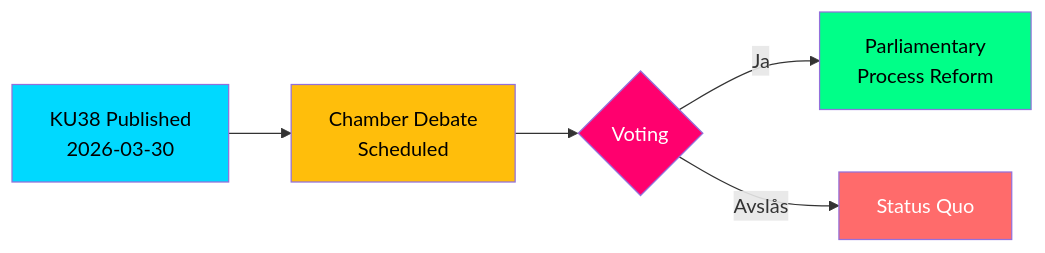
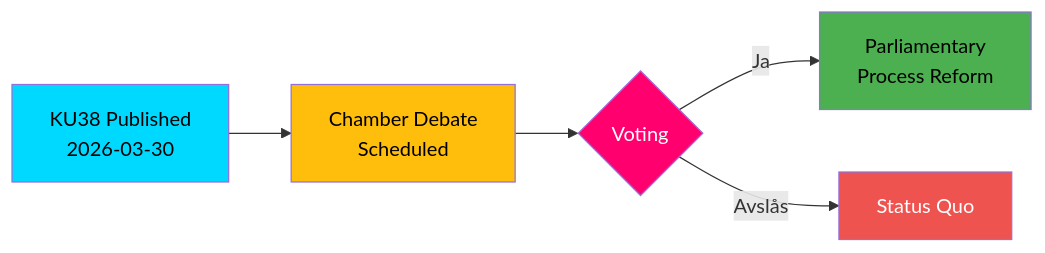
Before and after one commit to Hack23/riksdagsmonitor: the third of 3 diagrams in analysis/daily/2026-03-30/committeeReports/documents/hd01ku38-analysis.md, drawn with Mermaid. The commit also changed 785 other files, not shown here.

First line of the commit message:
Normalize mermaid colors across 786 analysis artifacts to ISMS Style Guide palette

````diff
--- a/analysis/daily/2026-03-30/committeeReports/documents/hd01ku38-analysis.md
+++ b/analysis/daily/2026-03-30/committeeReports/documents/hd01ku38-analysis.md
@@ -118,13 +118,13 @@
 ```mermaid
 flowchart LR
     A[KU38 Published<br/>2026-03-30] --> B[Chamber Debate<br/>Scheduled]
     B --> C{Voting}
     C -->|Ja| D[Parliamentary<br/>Process Reform]
     C -->|Avslås| E[Status Quo]
     
-    style A fill:#00d9ff,color:#000
-    style B fill:#ffbe0b,color:#000
-    style C fill:#ff006e,color:#fff
-    style D fill:#00ff88,color:#000
-    style E fill:#ff6b6b,color:#fff
+    style A fill:#00d9ff,color:#000000
+    style B fill:#ffbe0b,color:#000000
+    style C fill:#ff006e,color:#FFFFFF
+    style D fill:#4CAF50,color:#000000
+    style E fill:#EF5350,color:#FFFFFF
 ```
````
